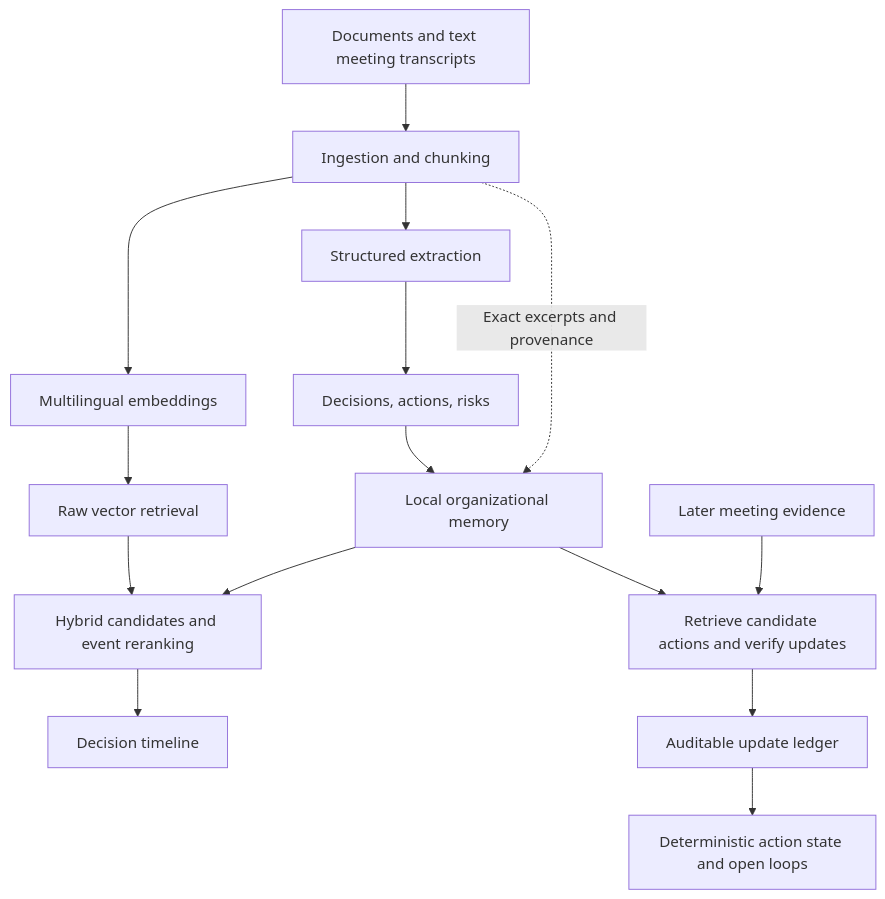
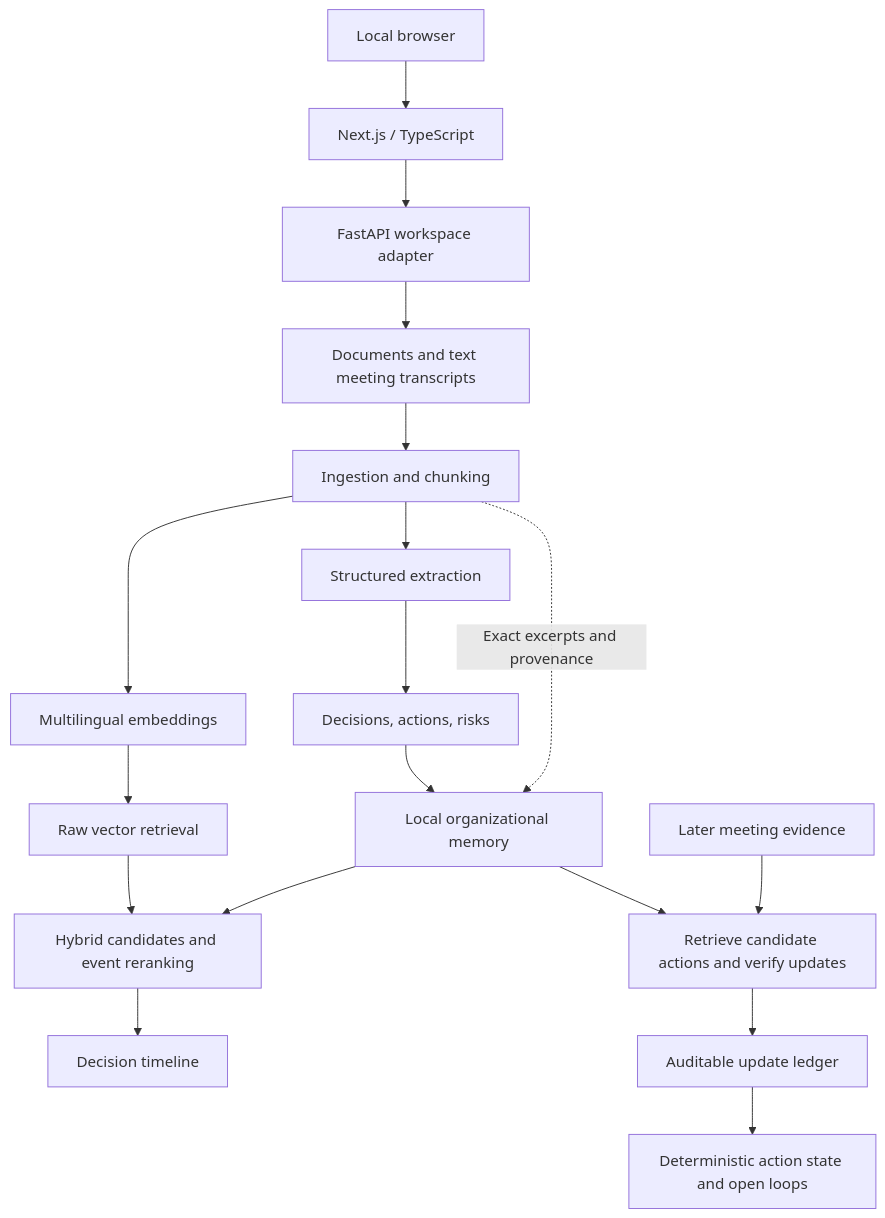
One commit to kkhbrany7166/athar-ai changed the diagram in README.md. Above: the diagram before and after it, drawn with Mermaid. The commit also changed other lines of this file and 30 other files, not shown here.

````diff
--- a/README.md
+++ b/README.md
@@ -74,17 +149,20 @@
 ```mermaid
 flowchart TD
-    A[Documents and text meeting transcripts] --> B[Ingestion and chunking]
+    Browser[Local browser] --> Web[Next.js / TypeScript]
+    Web --> API[FastAPI workspace adapter]
+    API --> A[Documents and text meeting transcripts]
+    A --> B[Ingestion and chunking]
     B --> C[Multilingual embeddings]
     C --> D[Raw vector retrieval]
     B --> E[Structured extraction]
     E --> F[Decisions, actions, risks]
     F --> G[Local organizational memory]
     B -. Exact excerpts and provenance .-> G
     D --> H[Hybrid candidates and event reranking]
     G --> H
     H --> I[Decision timeline]
     J[Later meeting evidence] --> K[Retrieve candidate actions and verify updates]
     G --> K
     K --> L[Auditable update ledger]
     L --> M[Deterministic action state and open loops]
 ```
````
